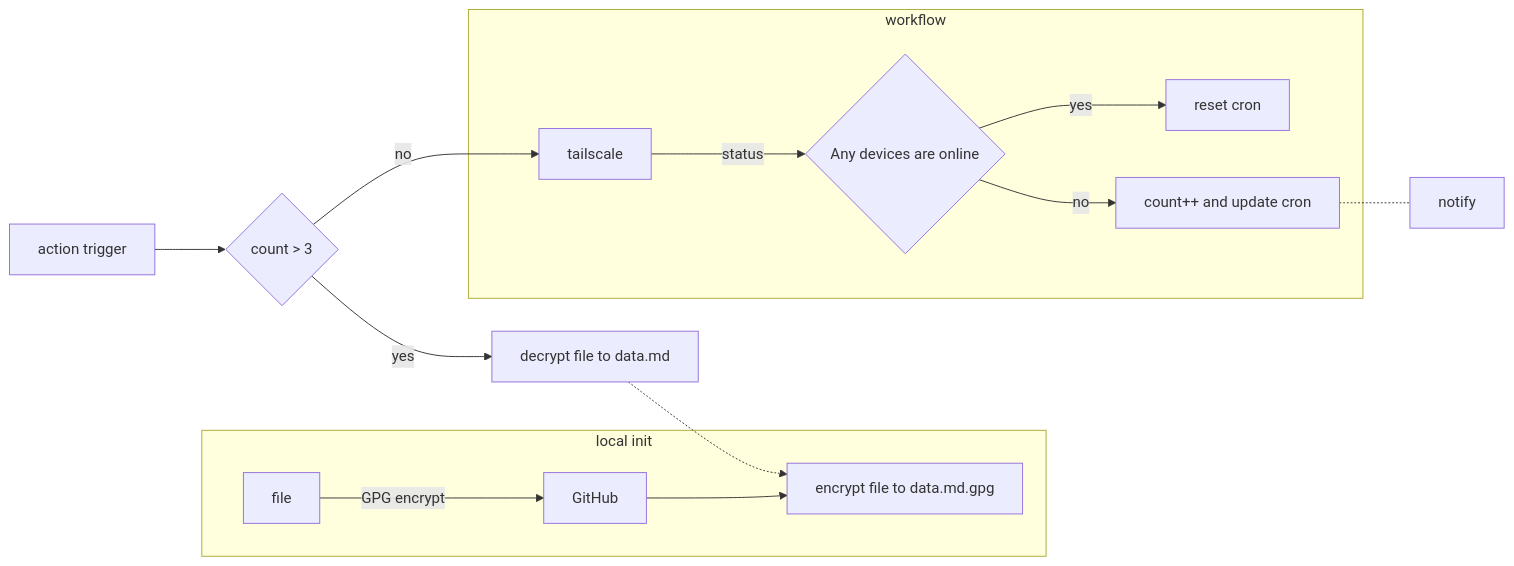
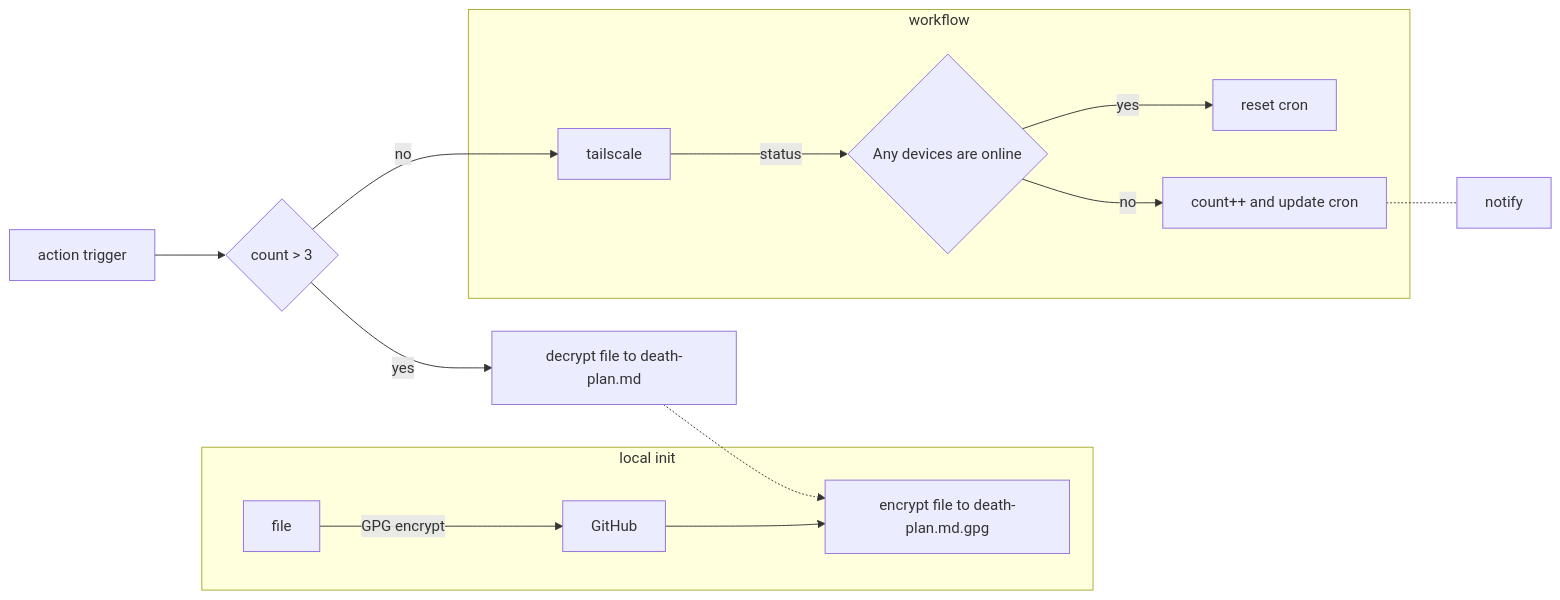
The diagram in README.md (bxb100/death-plan), drawn with Mermaid before and after one commit. The commit also changed 2 other files, not shown here.

````diff
--- a/README.md
+++ b/README.md
@@ -13,19 +13,19 @@
 ```mermaid
 flowchart LR
     subgraph "local init"
         A[file] -->|GPG encrypt| B[GitHub]
-        B --> C[encrypt file to data.md.gpg]
+        B --> C[encrypt file to death-plan.md.gpg]
     end
 
     subgraph "workflow"
         D[tailscale] -->|status| id1{Any devices are online}
         id1 -->|yes| F0[reset cron]
         id1 -->|no| G[count++ and update cron]
     end
 
     G -.- End[notify]
     H[action trigger] --> id2{count > 3}
     id2 -->|no| D
-    id2 -->|yes| F1[decrypt file to data.md]
+    id2 -->|yes| F1[decrypt file to death-plan.md]
     F1 -.-> C
 ```
````
